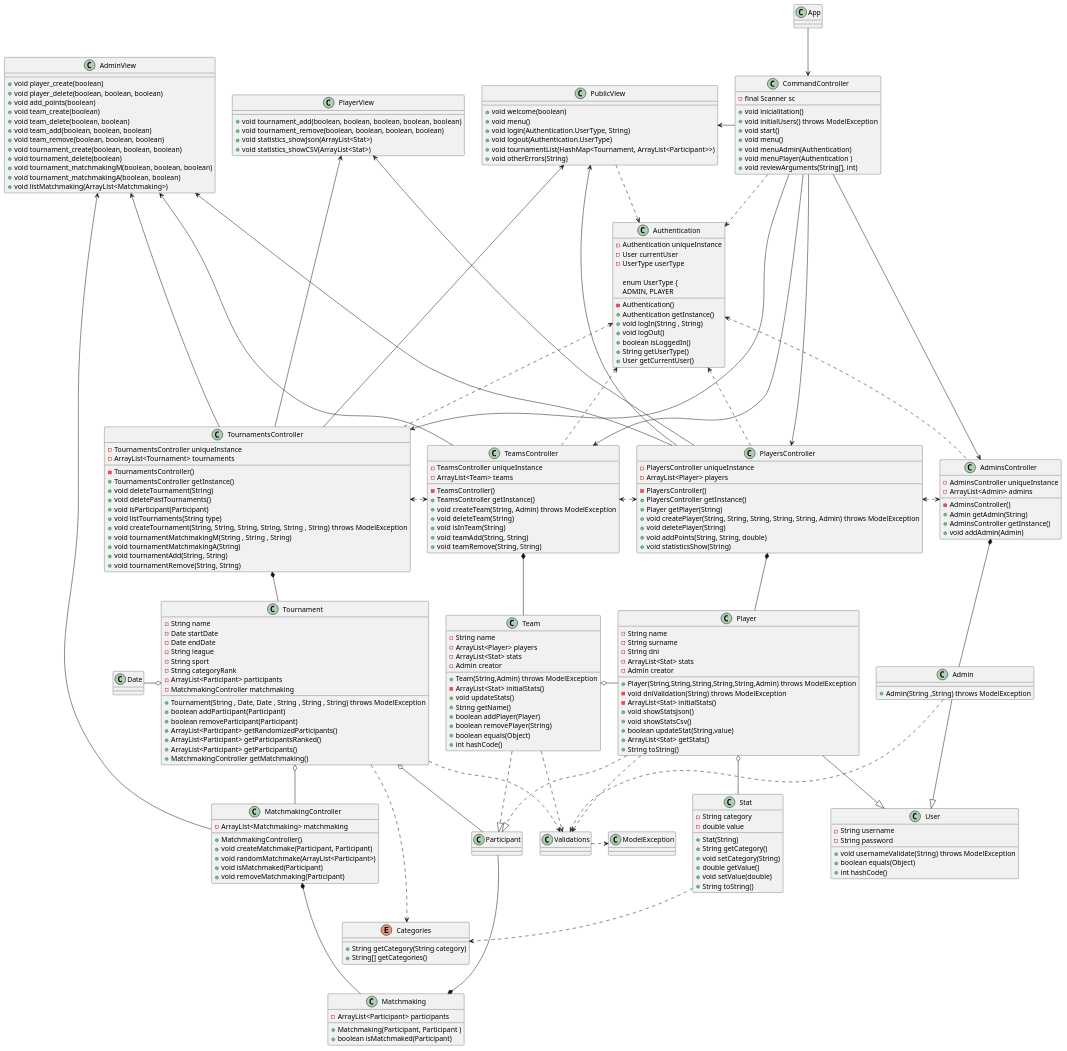
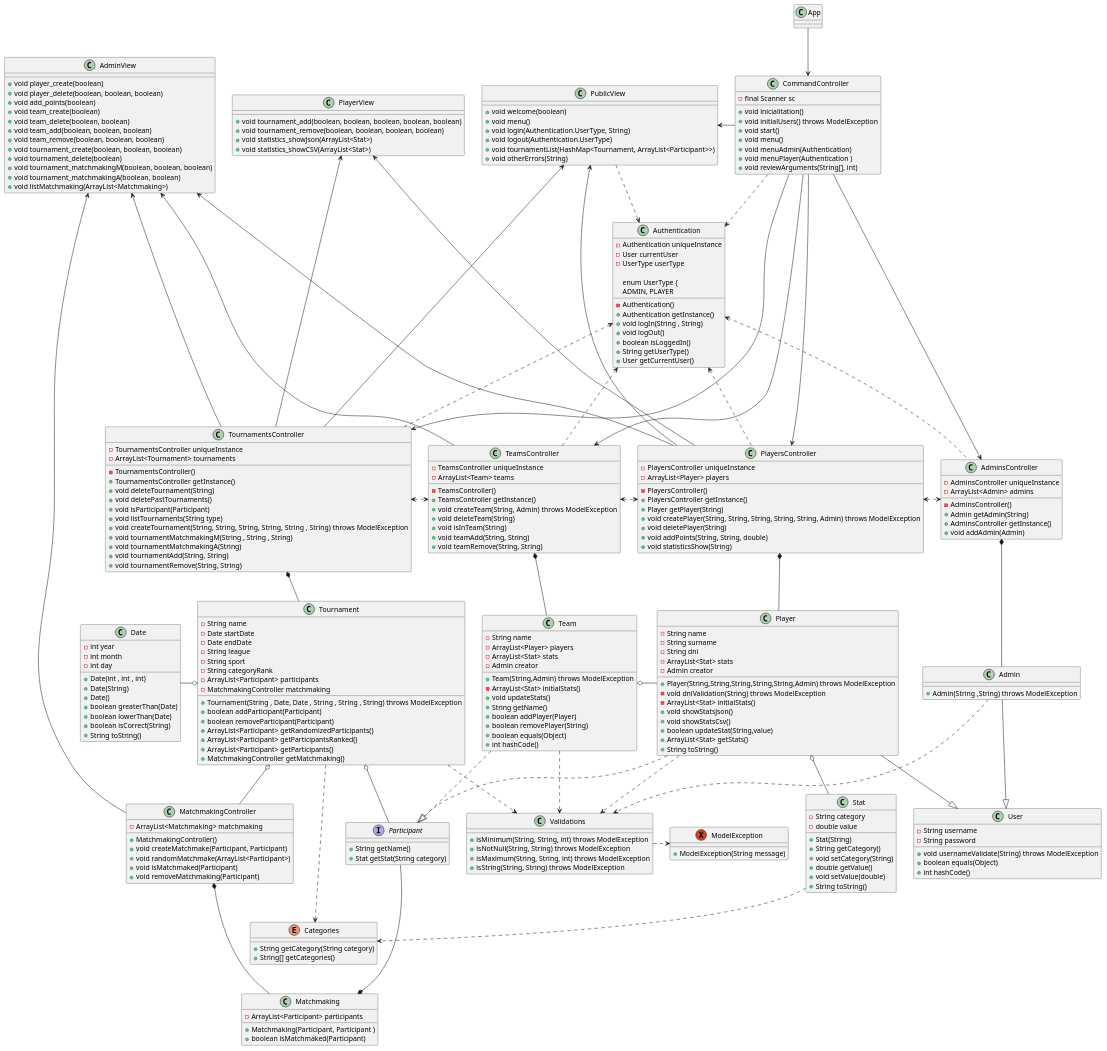
One commit to AlbertoArpa/POO2 changed the diagram in documents/uml.puml. Above: the diagram before and after it, drawn with PlantUML. The commit also changed 8 other files, not shown here.

```diff
--- a/documents/uml.puml
+++ b/documents/uml.puml
@@ -199,6 +199,35 @@
     + void listMatchmaking(ArrayList<Matchmaking>)
 }
 
+interface Participant {
+        + String getName()
+        + Stat getStat(String category)
+    }
+
+Exception ModelException{
+        + ModelException(String message)
+    }
+
+class Validations {
+        + isMinimum(String, String, int) throws ModelException
+        + isNotNull(String, String) throws ModelException
+        + isMaximum(String, String, int) throws ModelException
+        + isString(String, String) throws ModelException
+    }
+
+class Date {
+        - int year
+        - int month
+        - int day
+        + Date(int , int , int)
+        + Date(String)
+        + Date()
+        + boolean greaterThan(Date)
+        + boolean lowerThan(Date)
+        + boolean isCorrect(String)
+        + String toString()
+    }
+
 App --> CommandController
 CommandController ---> TournamentsController
 CommandController ---> TeamsController
```
